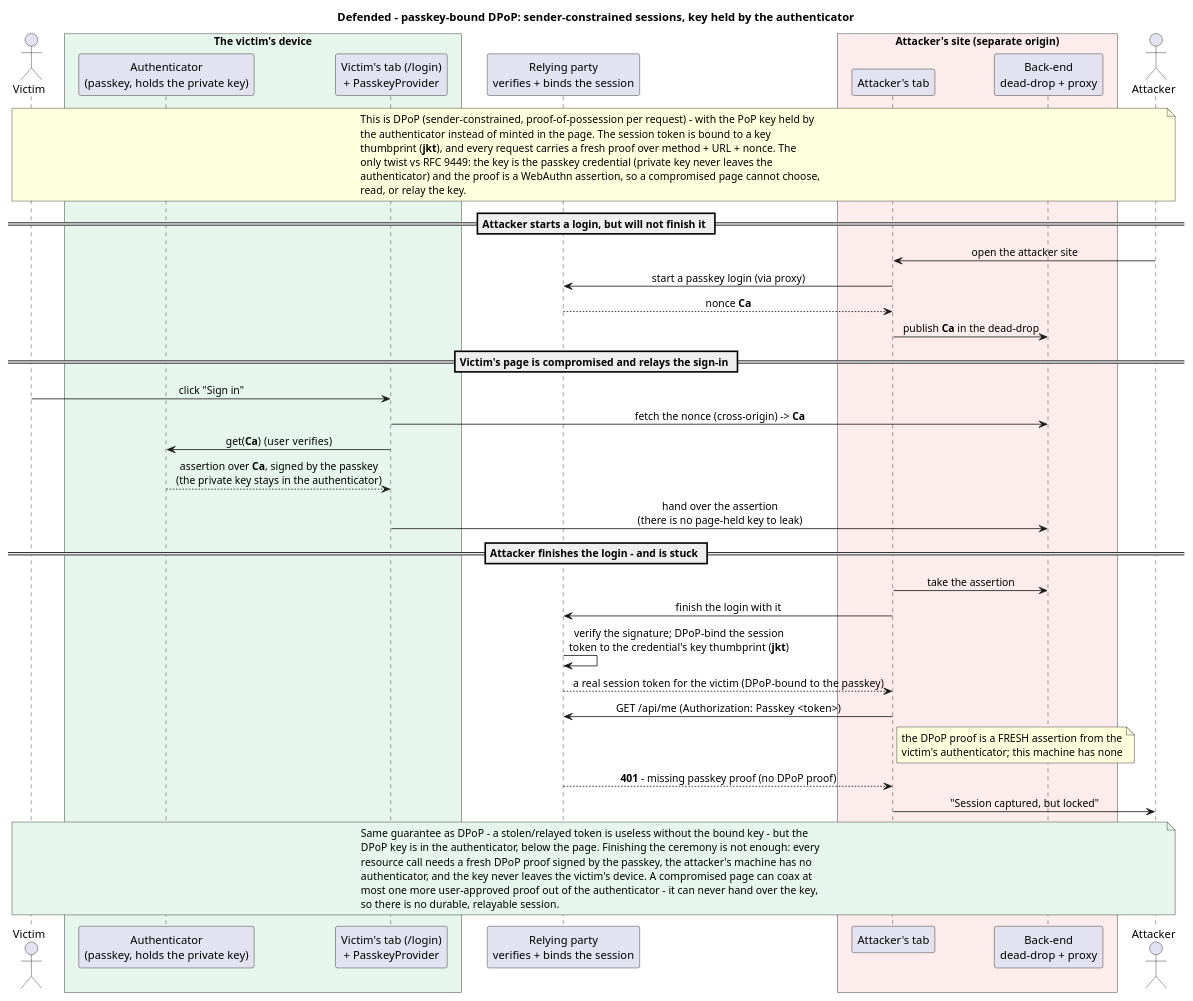
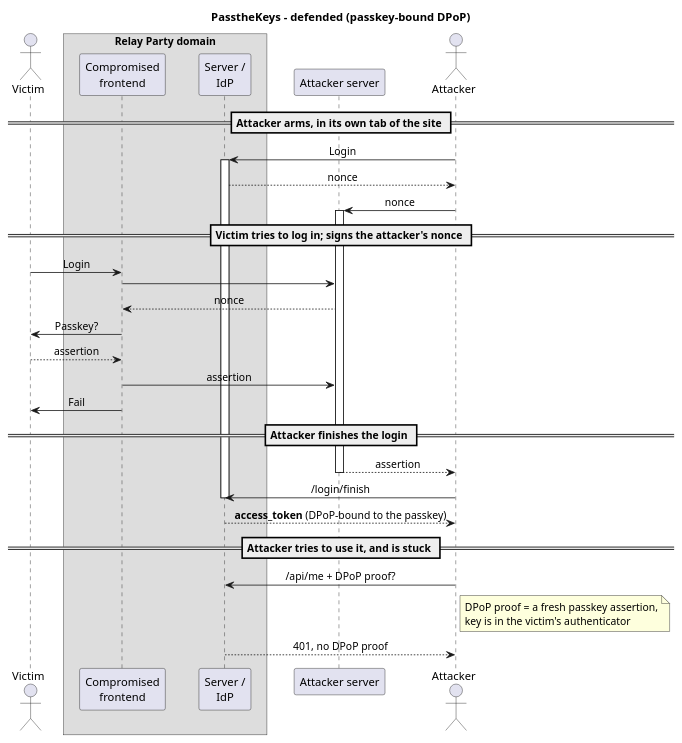
The diagram in pocketid-demo/defended/flow.puml (sashyo/PasstheKeys), drawn with PlantUML before and after one commit.

Commit message:
Defended diagram: concise sequence style, DPoP-bound token + proof

```diff
--- a/pocketid-demo/defended/flow.puml
+++ b/pocketid-demo/defended/flow.puml
@@ -1,63 +1,40 @@
-@startuml PassTheKeysDefended
-title Defended - passkey-bound DPoP: sender-constrained sessions, key held by the authenticator
-
+@startuml PasstheKeysDefended
+title PasstheKeys - defended (passkey-bound DPoP)
 skinparam shadowing false
 skinparam defaultFontName sans-serif
 skinparam sequenceMessageAlign center
-skinparam ParticipantPadding 14
+skinparam ParticipantPadding 16
 skinparam BoxPadding 12
-
 actor "Victim" as V
-box "The victim's device" #E7F6EC
-  participant "Authenticator\n(passkey, holds the private key)" as AUTH
-  participant "Victim's tab (/login)\n+ PasskeyProvider" as VP
+box Relay Party domain
+participant "Compromised\nfrontend" as VP
+participant "Server /\nIdP" as AP
 end box
-participant "Relying party\nverifies + binds the session" as RP
-box "Attacker's site (separate origin)" #FDECEC
-  participant "Attacker's tab" as AP
-  participant "Back-end\ndead-drop + proxy" as AD
-end box
+participant "Attacker server" as S
 actor "Attacker" as A
 
-note across
-  This is DPoP (sender-constrained, proof-of-possession per request) - with the PoP key held by
-  the authenticator instead of minted in the page. The session token is bound to a key
-  thumbprint (**jkt**), and every request carries a fresh proof over method + URL + nonce. The
-  only twist vs RFC 9449: the key is the passkey credential (private key never leaves the
-  authenticator) and the proof is a WebAuthn assertion, so a compromised page cannot choose,
-  read, or relay the key.
-end note
-
-== Attacker starts a login, but will not finish it ==
-A -> AP : open the attacker site
-AP -> RP : start a passkey login (via proxy)
-RP --> AP : nonce **Ca**
-AP -> AD : publish **Ca** in the dead-drop
-
-== Victim's page is compromised and relays the sign-in ==
-V -> VP : click "Sign in"
-VP -> AD : fetch the nonce (cross-origin) -> **Ca**
-VP -> AUTH : get(**Ca**)  (user verifies)
-AUTH --> VP : assertion over **Ca**, signed by the passkey\n(the private key stays in the authenticator)
-VP -> AD : hand over the assertion\n(there is no page-held key to leak)
-
-== Attacker finishes the login - and is stuck ==
-AP -> AD : take the assertion
-AP -> RP : finish the login with it
-RP -> RP : verify the signature; DPoP-bind the session\ntoken to the credential's key thumbprint (**jkt**)
-RP --> AP : a real session token for the victim  (DPoP-bound to the passkey)
-AP -> RP : GET /api/me  (Authorization: Passkey <token>)
-note right of AP : the DPoP proof is a FRESH assertion from the\nvictim's authenticator; this machine has none
-RP --> AP : **401** - missing passkey proof (no DPoP proof)
-AP -> A : "Session captured, but locked"
-
-note across #E7F6EC
-  Same guarantee as DPoP - a stolen/relayed token is useless without the bound key - but the
-  DPoP key is in the authenticator, below the page. Finishing the ceremony is not enough: every
-  resource call needs a fresh DPoP proof signed by the passkey, the attacker's machine has no
-  authenticator, and the key never leaves the victim's device. A compromised page can coax at
-  most one more user-approved proof out of the authenticator - it can never hand over the key,
-  so there is no durable, relayable session.
-end note
-
+== Attacker arms, in its own tab of the site ==
+A -> AP : Login
+activate AP
+AP --> A : nonce
+A -> S : nonce
+activate S
+== Victim tries to log in; signs the attacker's nonce ==
+V -> VP : Login
+VP -> S
+S --> VP : nonce
+VP -> V : Passkey?
+V --> VP : assertion
+VP -> S : assertion
+VP -> V : Fail
+== Attacker finishes the login ==
+S --> A : assertion
+deactivate S
+A -> AP : /login/finish
+deactivate AP
+AP --> A : **access_token** (DPoP-bound to the passkey)
+== Attacker tries to use it, and is stuck ==
+A -> AP : /api/me + DPoP proof?
+note right of A : DPoP proof = a fresh passkey assertion,\nkey is in the victim's authenticator
+AP --> A : 401, no DPoP proof
 @enduml
```
